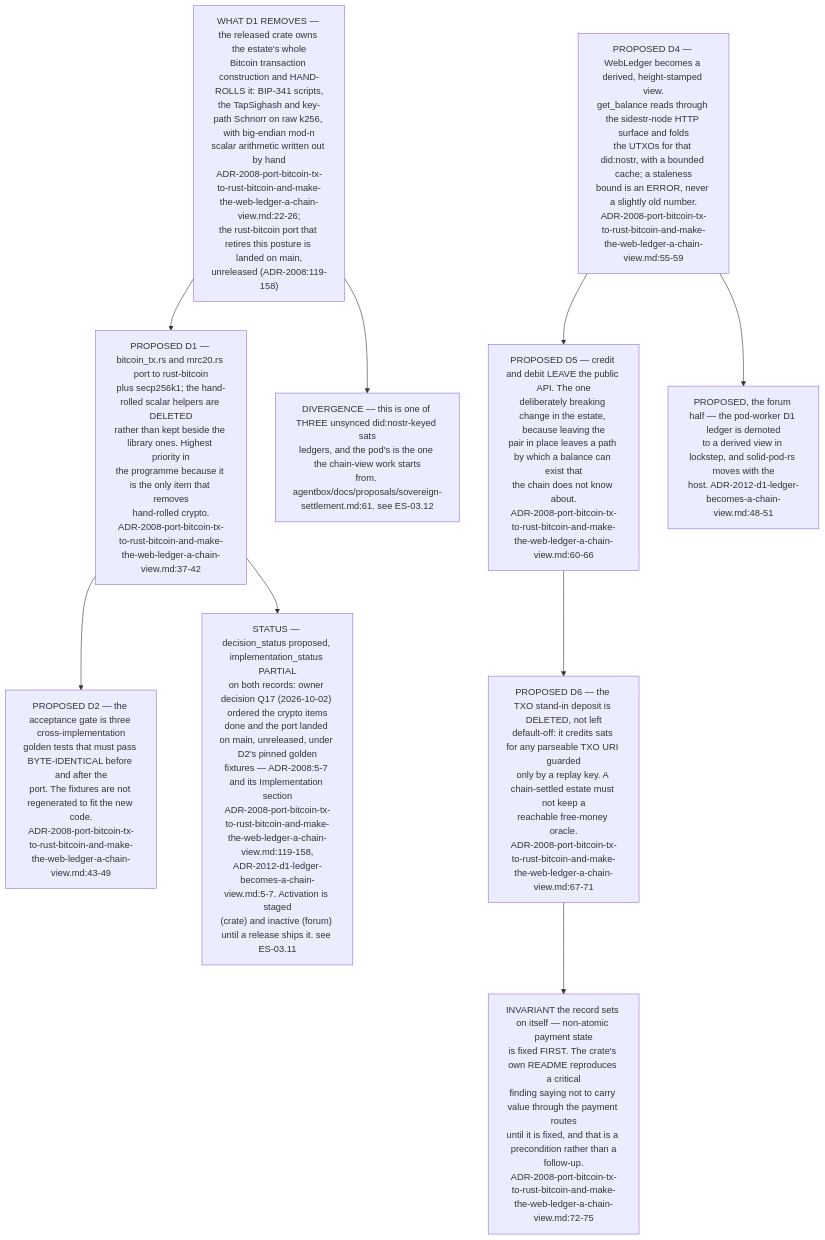
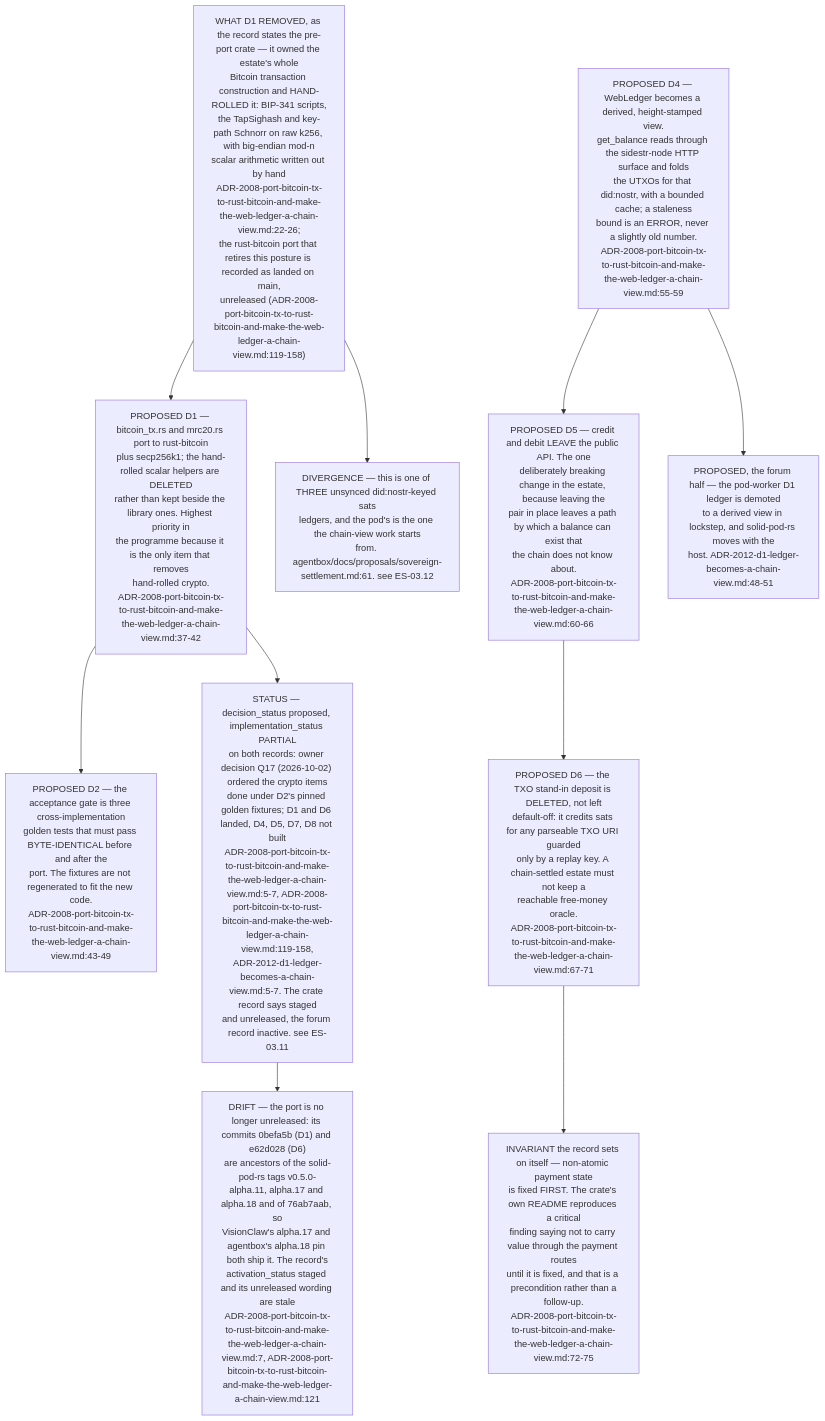
Diagram 12 of 13 in docs/diagrams/estate/08-solid-pod-estate.md (DreamLab-AI/VisionFlow), drawn with Mermaid before and after one commit. The commit also changed other lines of this file and 91 other files, not shown here.

First line of the commit message:
docs(audit): estate audit wave 2, every repository except agentbox and VisionClaw

````diff
--- a/docs/diagrams/estate/08-solid-pod-estate.md
+++ b/docs/diagrams/estate/08-solid-pod-estate.md
@@ -496,29 +516,31 @@
 ```mermaid
 flowchart TB
-    CRYPTO["WHAT D1 REMOVES — the released crate owns the estate's whole<br/>Bitcoin transaction construction and HAND-ROLLS it: BIP-341 scripts,<br/>the TapSighash and key-path Schnorr on raw k256, with big-endian mod-n<br/>scalar arithmetic written out by hand<br/>ADR-2008-port-bitcoin-tx-to-rust-bitcoin-and-make-the-web-ledger-a-chain-view.md:22-26;<br/>the rust-bitcoin port that retires this posture is landed on main,<br/>unreleased (ADR-2008:119-158)"]
+    CRYPTO["WHAT D1 REMOVED, as the record states the pre-port crate — it owned the estate's whole<br/>Bitcoin transaction construction and HAND-ROLLED it: BIP-341 scripts,<br/>the TapSighash and key-path Schnorr on raw k256, with big-endian mod-n<br/>scalar arithmetic written out by hand<br/>ADR-2008-port-bitcoin-tx-to-rust-bitcoin-and-make-the-web-ledger-a-chain-view.md:22-26;<br/>the rust-bitcoin port that retires this posture is recorded as landed on main,<br/>unreleased (ADR-2008-port-bitcoin-tx-to-rust-bitcoin-and-make-the-web-ledger-a-chain-view.md:119-158)"]
 
     PORT["PROPOSED D1 — bitcoin_tx.rs and mrc20.rs port to rust-bitcoin<br/>plus secp256k1; the hand-rolled scalar helpers are DELETED<br/>rather than kept beside the library ones. Highest priority in<br/>the programme because it is the only item that removes<br/>hand-rolled crypto.<br/>ADR-2008-port-bitcoin-tx-to-rust-bitcoin-and-make-the-web-ledger-a-chain-view.md:37-42"]
     CRYPTO --> PORT
 
     GATE["PROPOSED D2 — the acceptance gate is three cross-implementation<br/>golden tests that must pass BYTE-IDENTICAL before and after the<br/>port. The fixtures are not regenerated to fit the new code.<br/>ADR-2008-port-bitcoin-tx-to-rust-bitcoin-and-make-the-web-ledger-a-chain-view.md:43-49"]
     PORT --> GATE
 
     VIEW["PROPOSED D4 — WebLedger becomes a derived, height-stamped view.<br/>get_balance reads through the sidestr-node HTTP surface and folds<br/>the UTXOs for that did:nostr, with a bounded cache; a staleness<br/>bound is an ERROR, never a slightly old number.<br/>ADR-2008-port-bitcoin-tx-to-rust-bitcoin-and-make-the-web-ledger-a-chain-view.md:55-59"]
     API["PROPOSED D5 — credit and debit LEAVE the public API. The one<br/>deliberately breaking change in the estate, because leaving the<br/>pair in place leaves a path by which a balance can exist that<br/>the chain does not know about.<br/>ADR-2008-port-bitcoin-tx-to-rust-bitcoin-and-make-the-web-ledger-a-chain-view.md:60-66"]
     VIEW --> API
 
     TXO["PROPOSED D6 — the TXO stand-in deposit is DELETED, not left<br/>default-off: it credits sats for any parseable TXO URI guarded<br/>only by a replay key. A chain-settled estate must not keep a<br/>reachable free-money oracle.<br/>ADR-2008-port-bitcoin-tx-to-rust-bitcoin-and-make-the-web-ledger-a-chain-view.md:67-71"]
     API --> TXO
 
     FORUM["PROPOSED, the forum half — the pod-worker D1 ledger is demoted<br/>to a derived view in lockstep, and solid-pod-rs moves with the<br/>host. ADR-2012-d1-ledger-becomes-a-chain-view.md:48-51"]
     VIEW --> FORUM
 
     PRE["INVARIANT the record sets on itself — non-atomic payment state<br/>is fixed FIRST. The crate's own README reproduces a critical<br/>finding saying not to carry value through the payment routes<br/>until it is fixed, and that is a precondition rather than a<br/>follow-up.<br/>ADR-2008-port-bitcoin-tx-to-rust-bitcoin-and-make-the-web-ledger-a-chain-view.md:72-75"]
     TXO --> PRE
 
-    NOTLIVE["STATUS — decision_status proposed, implementation_status PARTIAL<br/>on both records: owner decision Q17 (2026-10-02) ordered the crypto items<br/>done and the port landed on main, unreleased, under D2's pinned golden<br/>fixtures — ADR-2008:5-7 and its Implementation section<br/>ADR-2008-port-bitcoin-tx-to-rust-bitcoin-and-make-the-web-ledger-a-chain-view.md:119-158,<br/>ADR-2012-d1-ledger-becomes-a-chain-view.md:5-7. Activation is staged<br/>(crate) and inactive (forum) until a release ships it. see ES-03.11"]
+    NOTLIVE["STATUS — decision_status proposed, implementation_status PARTIAL<br/>on both records: owner decision Q17 (2026-10-02) ordered the crypto items<br/>done under D2's pinned golden fixtures; D1 and D6 landed, D4, D5, D7, D8 not built<br/>ADR-2008-port-bitcoin-tx-to-rust-bitcoin-and-make-the-web-ledger-a-chain-view.md:5-7, ADR-2008-port-bitcoin-tx-to-rust-bitcoin-and-make-the-web-ledger-a-chain-view.md:119-158,<br/>ADR-2012-d1-ledger-becomes-a-chain-view.md:5-7. The crate record says staged<br/>and unreleased, the forum record inactive. see ES-03.11"]
+    DRIFT["DRIFT — the port is no longer unreleased: its commits 0befa5b (D1) and e62d028 (D6)<br/>are ancestors of the solid-pod-rs tags v0.5.0-alpha.11, alpha.17 and alpha.18 and of 76ab7aab, so<br/>VisionClaw's alpha.17 and agentbox's alpha.18 pin both ship it. The record's<br/>activation_status staged and its unreleased wording are stale<br/>ADR-2008-port-bitcoin-tx-to-rust-bitcoin-and-make-the-web-ledger-a-chain-view.md:7, ADR-2008-port-bitcoin-tx-to-rust-bitcoin-and-make-the-web-ledger-a-chain-view.md:121"]
+    NOTLIVE --> DRIFT
     PORT --> NOTLIVE
 
     THREE["DIVERGENCE — this is one of THREE unsynced did:nostr-keyed sats<br/>ledgers, and the pod's is the one the chain-view work starts<br/>from. agentbox/docs/proposals/sovereign-settlement.md:61. see ES-03.12"]
     CRYPTO --> THREE
 ```
````
